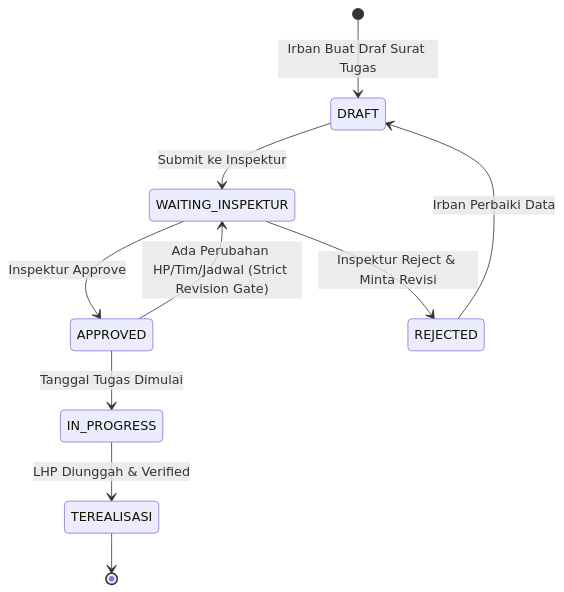
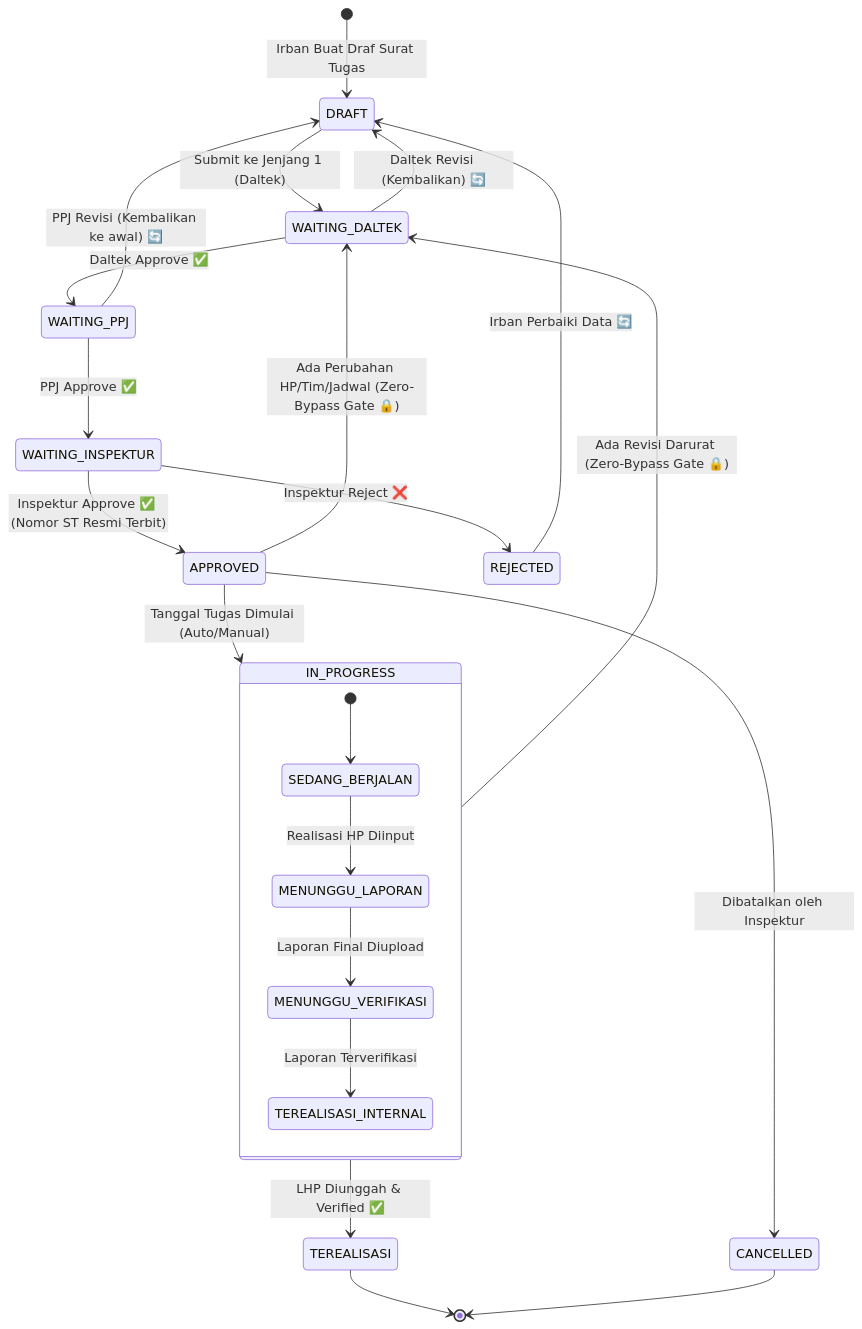
One commit to bimasulistyaw-hash/siwasin changed diagram 21 of 23 in DEVTOOLS/Blueprint.md. Above: the diagram before and after it, drawn with Mermaid. The commit also changed other lines of this file, not shown here.

````diff
--- a/DEVTOOLS/Blueprint.md
+++ b/DEVTOOLS/Blueprint.md
@@ -793,12 +1446,35 @@
 ```mermaid
 stateDiagram-v2
     [*] --> DRAFT : Irban Buat Draf Surat Tugas
-    DRAFT --> WAITING_INSPEKTUR : Submit ke Inspektur
-    WAITING_INSPEKTUR --> APPROVED : Inspektur Approve
-    WAITING_INSPEKTUR --> REJECTED : Inspektur Reject & Minta Revisi
-    REJECTED --> DRAFT : Irban Perbaiki Data
-    APPROVED --> WAITING_INSPEKTUR : Ada Perubahan HP/Tim/Jadwal (Strict Revision Gate)
-    APPROVED --> IN_PROGRESS : Tanggal Tugas Dimulai
-    IN_PROGRESS --> TEREALISASI : LHP Diunggah & Verified
+
+    DRAFT --> WAITING_DALTEK : Submit ke Jenjang 1 (Daltek)
+
+    WAITING_DALTEK --> WAITING_PPJ : Daltek Approve ✅
+    WAITING_DALTEK --> DRAFT : Daltek Revisi (Kembalikan) 🔄
+
+    WAITING_PPJ --> WAITING_INSPEKTUR : PPJ Approve ✅
+    WAITING_PPJ --> DRAFT : PPJ Revisi (Kembalikan ke awal) 🔄
+
+    WAITING_INSPEKTUR --> APPROVED : Inspektur Approve ✅ (Nomor ST Resmi Terbit)
+    WAITING_INSPEKTUR --> REJECTED : Inspektur Reject ❌
+
+    REJECTED --> DRAFT : Irban Perbaiki Data 🔄
+
+    APPROVED --> WAITING_DALTEK : Ada Perubahan HP/Tim/Jadwal (Zero-Bypass Gate 🔒)
+    APPROVED --> CANCELLED : Dibatalkan oleh Inspektur
+
+    APPROVED --> IN_PROGRESS : Tanggal Tugas Dimulai (Auto/Manual)
+
+    IN_PROGRESS --> WAITING_DALTEK : Ada Revisi Darurat (Zero-Bypass Gate 🔒)
+
+    state IN_PROGRESS {
+        [*] --> SEDANG_BERJALAN
+        SEDANG_BERJALAN --> MENUNGGU_LAPORAN : Realisasi HP Diinput
+        MENUNGGU_LAPORAN --> MENUNGGU_VERIFIKASI : Laporan Final Diupload
+        MENUNGGU_VERIFIKASI --> TEREALISASI_INTERNAL : Laporan Terverifikasi
+    }
+
+    IN_PROGRESS --> TEREALISASI : LHP Diunggah & Verified ✅
     TEREALISASI --> [*]
+    CANCELLED --> [*]
 ```
````
